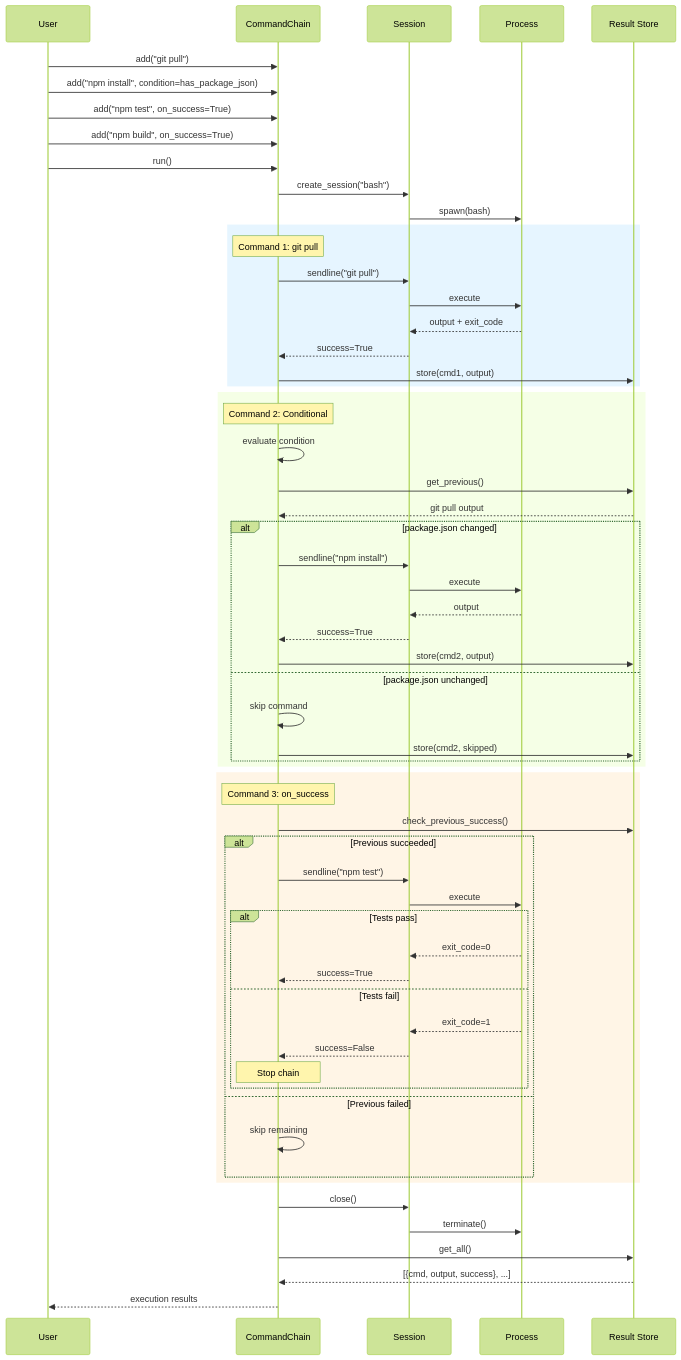
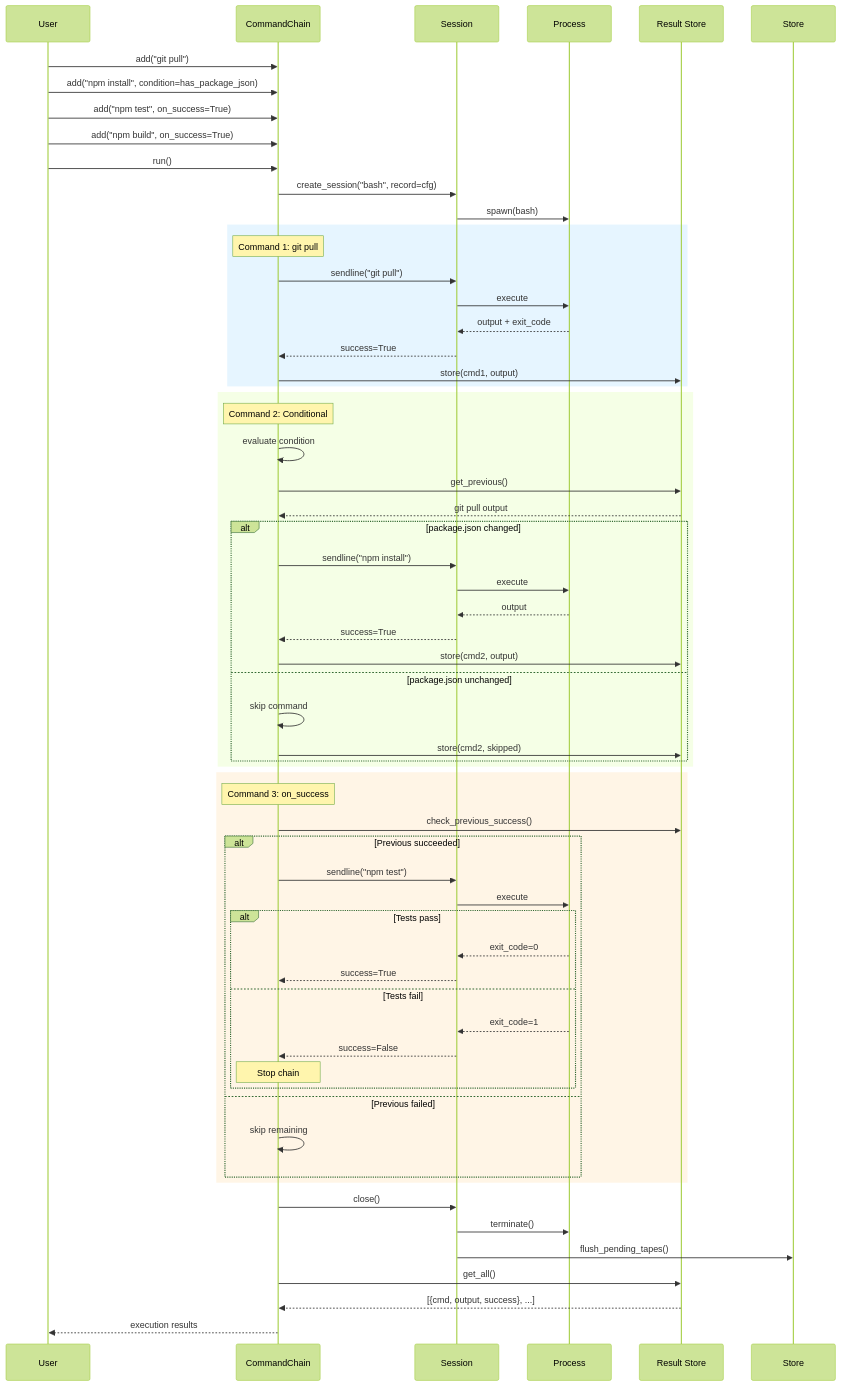
One commit to jimmc414/claude_control changed the ninth of 12 diagrams in sequence_diagrams.md. Above: the diagram before and after it, drawn with Mermaid (forest theme). The commit also changed other lines of this file, not shown here.

Commit message:
Update sequence diagrams for record and replay

````diff
--- a/sequence_diagrams.md
+++ b/sequence_diagrams.md
@@ -279,71 +499,72 @@
 ```mermaid
 sequenceDiagram
     participant User
     participant Chain as CommandChain
     participant Session
     participant Process
     participant Results as Result Store
 
     User->>Chain: add("git pull")
     User->>Chain: add("npm install", condition=has_package_json)
     User->>Chain: add("npm test", on_success=True)
     User->>Chain: add("npm build", on_success=True)
     User->>Chain: run()
 
-    Chain->>Session: create_session("bash")
+    Chain->>Session: create_session("bash", record=cfg)
     Session->>Process: spawn(bash)
 
     rect rgb(230, 245, 255)
         Note over Chain: Command 1: git pull
         Chain->>Session: sendline("git pull")
         Session->>Process: execute
         Process-->>Session: output + exit_code
         Session-->>Chain: success=True
         Chain->>Results: store(cmd1, output)
     end
 
     rect rgb(245, 255, 230)
         Note over Chain: Command 2: Conditional
         Chain->>Chain: evaluate condition
         Chain->>Results: get_previous()
         Results-->>Chain: git pull output
-        
+
         alt package.json changed
             Chain->>Session: sendline("npm install")
             Session->>Process: execute
             Process-->>Session: output
             Session-->>Chain: success=True
             Chain->>Results: store(cmd2, output)
         else package.json unchanged
             Chain->>Chain: skip command
             Chain->>Results: store(cmd2, skipped)
         end
     end
 
     rect rgb(255, 245, 230)
         Note over Chain: Command 3: on_success
         Chain->>Results: check_previous_success()
-        
+
         alt Previous succeeded
             Chain->>Session: sendline("npm test")
             Session->>Process: execute
-            
+
             alt Tests pass
                 Process-->>Session: exit_code=0
                 Session-->>Chain: success=True
             else Tests fail
                 Process-->>Session: exit_code=1
                 Session-->>Chain: success=False
                 Note over Chain: Stop chain
             end
         else Previous failed
             Chain->>Chain: skip remaining
         end
     end
 
     Chain->>Session: close()
     Session->>Process: terminate()
+    Session->>Store: flush_pending_tapes()
     Chain->>Results: get_all()
     Results-->>Chain: [{cmd, output, success}, ...]
     Chain-->>User: execution results
 ```
````
